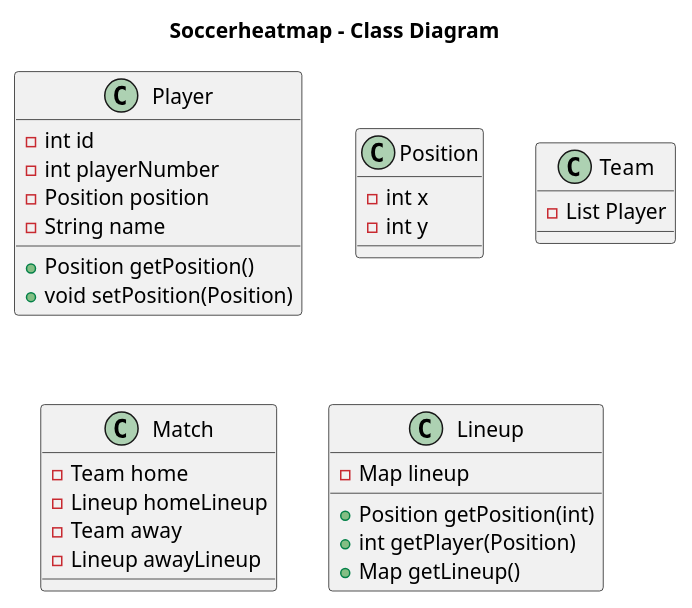
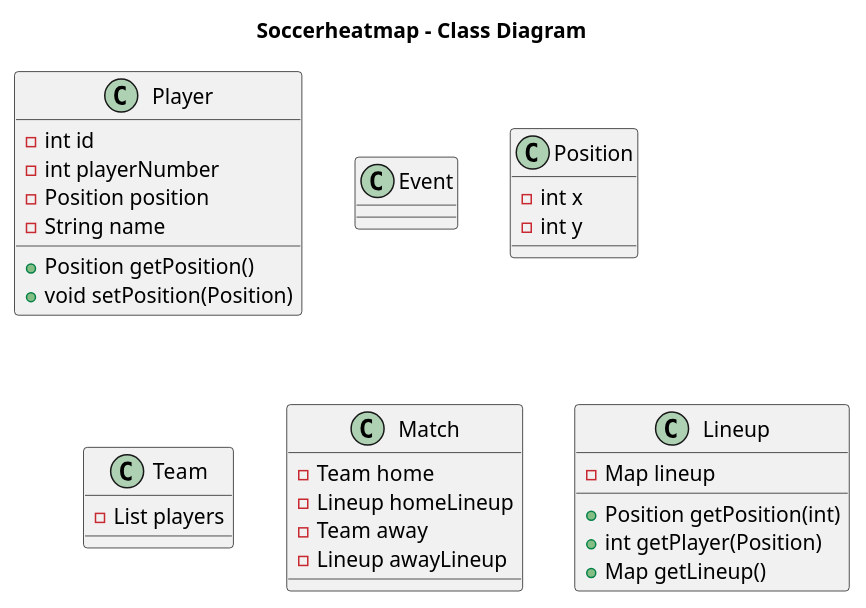
The diagram in backend/classmodel.puml (Eli-Anderson/SoccerHeatmap), drawn with PlantUML before and after one commit. The commit also changed 4 other files, not shown here.

```diff
--- a/backend/classmodel.puml
+++ b/backend/classmodel.puml
@@ -1,30 +1,42 @@
 @startuml
+
 title Soccerheatmap - Class Diagram
+
 class Player {
   -int id
   -int playerNumber
   -Position position
-  -String name 
+  -String name
+
   +Position getPosition()
   +void setPosition(Position)
+}
+class Event {
+  'TO DO'
+
 }
 class Position {
 -int x
 -int y
 }
+
 class Team {
--List Player
+-List players
 }
+
 class Match {
 -Team home
 -Lineup homeLineup
 -Team away
 -Lineup awayLineup
 }
+
 class Lineup {
 -Map lineup
+
 +Position getPosition(int)
 +int getPlayer(Position)
 +Map getLineup()
 }
+
 @enduml
```
